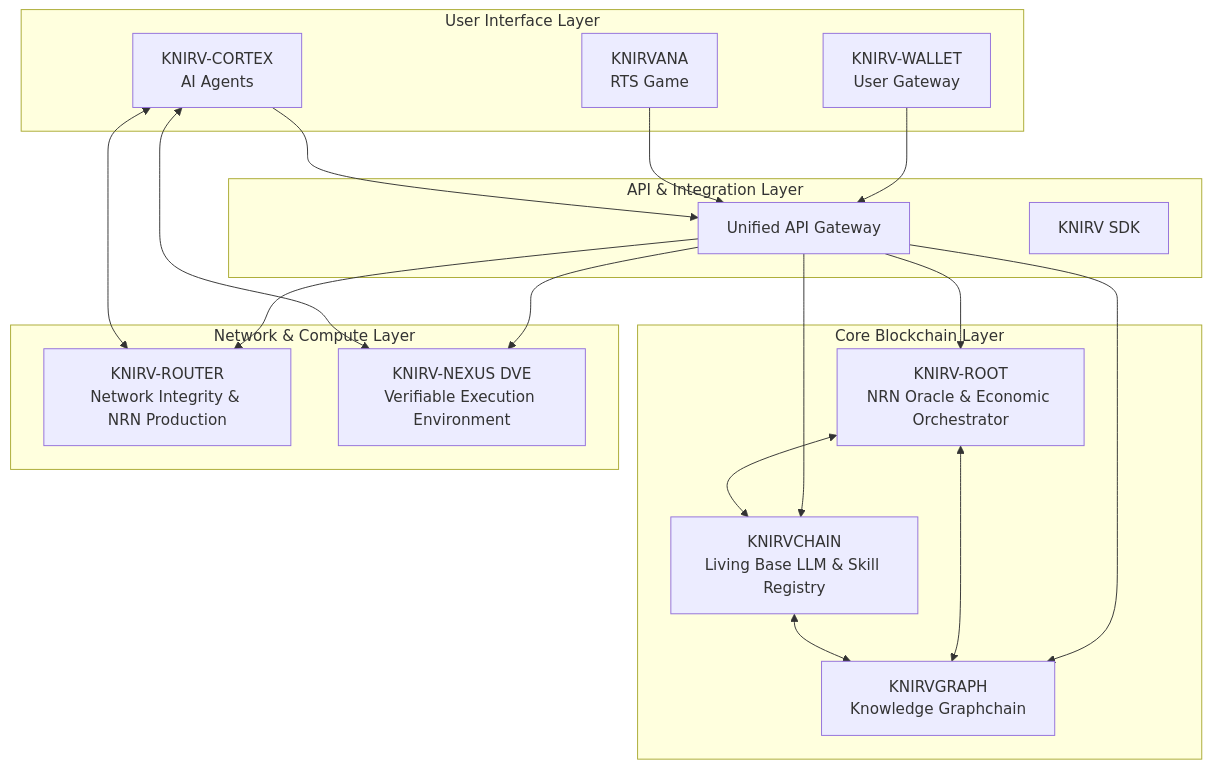
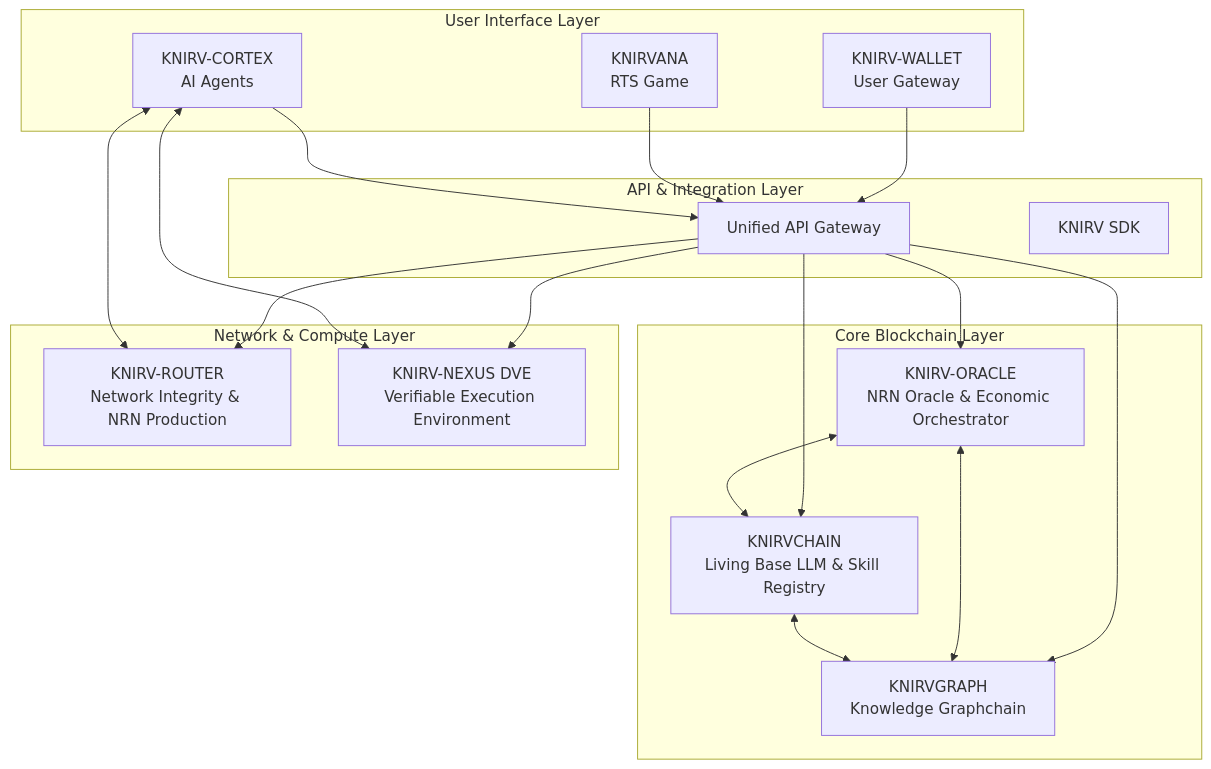
Before and after one commit to guiperry/KNIRV_NETWORK: the diagram in README.md, drawn with Mermaid. The commit also changed other lines of this file and 1956 other files, not shown here.

````diff
--- a/README.md
+++ b/README.md
@@ -47,38 +47,38 @@
 ```mermaid
 graph TB
     subgraph "User Interface Layer"
         KW[KNIRV-WALLET<br/>User Gateway]
         KN[KNIRVANA<br/>RTS Game]
         KS[KNIRV-CORTEX<br/>AI Agents]
     end
     
     subgraph "API & Integration Layer"
         AG[Unified API Gateway]
         SDK[KNIRV SDK]
     end
     
     subgraph "Core Blockchain Layer"
-        KR[KNIRV-ROOT<br/>NRN Oracle & Economic Orchestrator]
+        KR[KNIRV-ORACLE<br/>NRN Oracle & Economic Orchestrator]
         KC[KNIRVCHAIN<br/>Living Base LLM & Skill Registry]
         KG[KNIRVGRAPH<br/>Knowledge Graphchain]
     end
     
     subgraph "Network & Compute Layer"
         KROUTER[KNIRV-ROUTER<br/>Network Integrity & NRN Production]
         KNEXUS[KNIRV-NEXUS DVE<br/>Verifiable Execution Environment]
     end
     
     KW --> AG
     KN --> AG
     KS --> AG
     AG --> KR
     AG --> KC
     AG --> KG
     AG --> KROUTER
     AG --> KNEXUS
     KR <--> KC
     KR <--> KG
     KC <--> KG
     KS <--> KNEXUS
     KS <--> KROUTER
 ```
````
